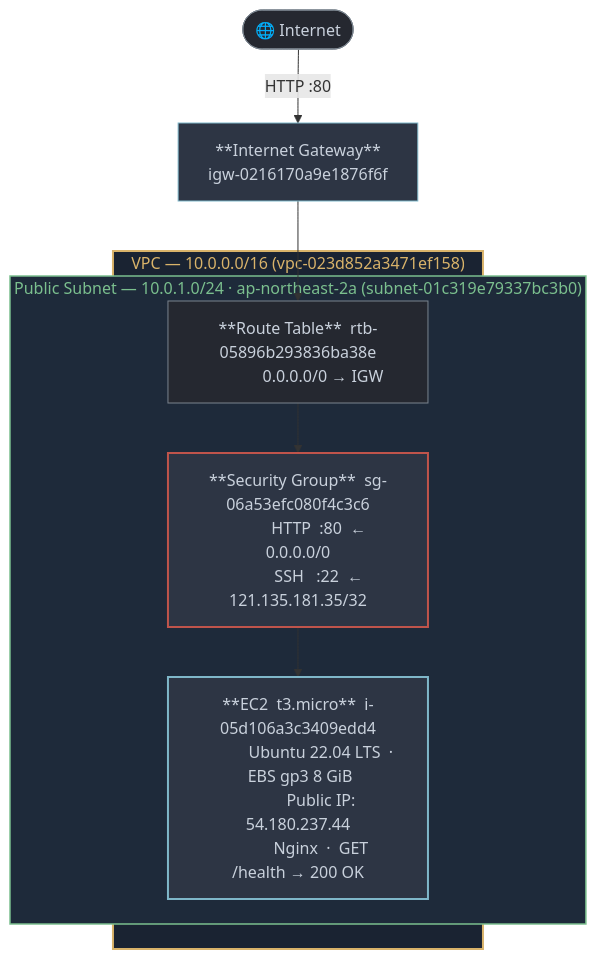
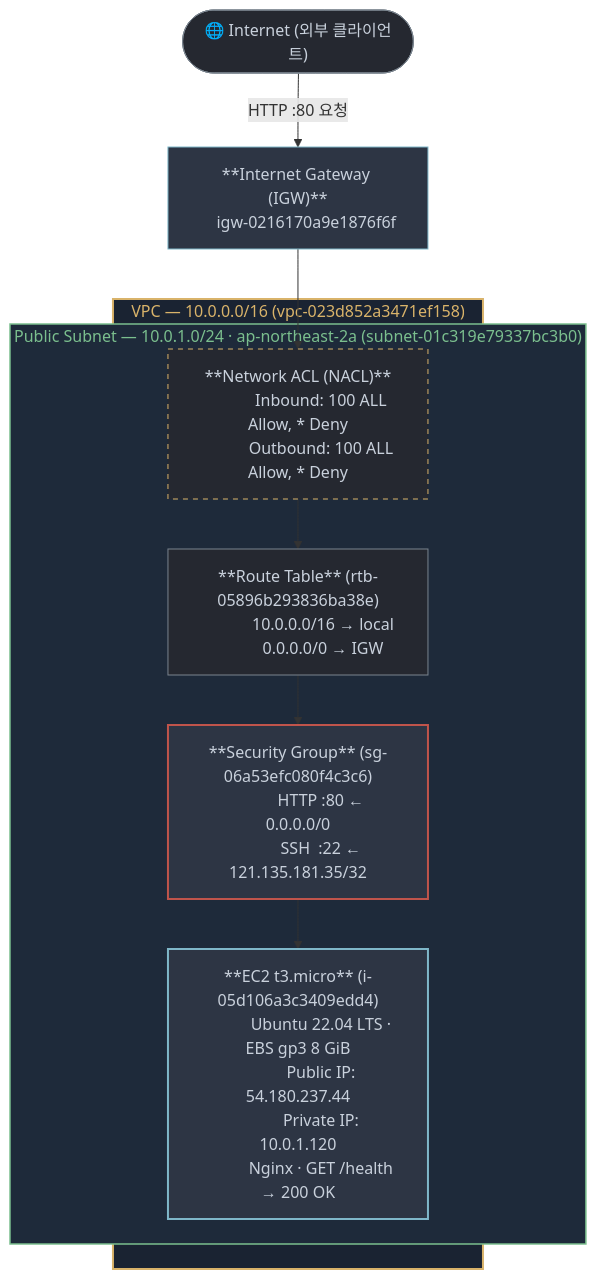
Before and after one commit to nttkor/b3_1: the first of 3 diagrams in docs/architecture.md, drawn with Mermaid. The commit also changed other lines of this file, not shown here.

First line of the commit message:
docs(architecture): 아키텍처 다이어그램(PNG) 임베드 및 서브넷 NACL/SG 설계 문서 보완

````diff
--- a/docs/architecture.md
+++ b/docs/architecture.md
@@ -5,36 +15,44 @@
 ```mermaid
 flowchart TD
-    Internet(["🌐 Internet"])
+    Internet(["🌐 Internet (외부 클라이언트)"])
 
-    IGW["**Internet Gateway**
+    IGW["**Internet Gateway (IGW)**
     igw-0216170a9e1876f6f"]
 
-    subgraph VPC["VPC — 10.0.0.0/16  (vpc-023d852a3471ef158)"]
-        subgraph Subnet["Public Subnet — 10.0.1.0/24  ·  ap-northeast-2a  (subnet-01c319e79337bc3b0)"]
-            RT["**Route Table**  rtb-05896b293836ba38e
+    subgraph VPC["VPC — 10.0.0.0/16 (vpc-023d852a3471ef158)"]
+        subgraph Subnet["Public Subnet — 10.0.1.0/24 · ap-northeast-2a (subnet-01c319e79337bc3b0)"]
+            NACL["**Network ACL (NACL)**
+            Inbound: 100 ALL Allow, * Deny
+            Outbound: 100 ALL Allow, * Deny"]
+
+            RT["**Route Table** (rtb-05896b293836ba38e)
+            10.0.0.0/16 → local
             0.0.0.0/0 → IGW"]
 
-            SG["**Security Group**  sg-06a53efc080f4c3c6
-            HTTP  :80  ←  0.0.0.0/0
-            SSH   :22  ←  121.135.181.35/32"]
+            SG["**Security Group** (sg-06a53efc080f4c3c6)
+            HTTP :80 ← 0.0.0.0/0
+            SSH  :22 ← 121.135.181.35/32"]
 
-            EC2["**EC2  t3.micro**  i-05d106a3c3409edd4
-            Ubuntu 22.04 LTS  ·  EBS gp3 8 GiB
+            EC2["**EC2 t3.micro** (i-05d106a3c3409edd4)
+            Ubuntu 22.04 LTS · EBS gp3 8 GiB
             Public IP: 54.180.237.44
-            Nginx  ·  GET /health → 200 OK"]
+            Private IP: 10.0.1.120
+            Nginx · GET /health → 200 OK"]
         end
     end
 
-    Internet -->|"HTTP :80"| IGW
-    IGW --> RT
+    Internet -->|"HTTP :80 요청"| IGW
+    IGW --> NACL
+    NACL --> RT
     RT --> SG
     SG --> EC2
 
-    style VPC     fill:#1a2332,stroke:#D9B36A,stroke-width:2px,color:#D9B36A
-    style Subnet  fill:#1e2a3a,stroke:#7BBF8E,stroke-width:1.5px,color:#7BBF8E
-    style IGW     fill:#2D3544,stroke:#7FB7C9,color:#C9D1DC
-    style RT      fill:#252830,stroke:#7A848E,color:#C9D1DC
-    style SG      fill:#2D3544,stroke:#C0544B,stroke-width:2px,color:#C9D1DC
-    style EC2     fill:#2D3544,stroke:#7FB7C9,stroke-width:2px,color:#C9D1DC
+    style VPC fill:#1a2332,stroke:#D9B36A,stroke-width:2px,color:#D9B36A
+    style Subnet fill:#1e2a3a,stroke:#7BBF8E,stroke-width:1.5px,color:#7BBF8E
+    style IGW fill:#2D3544,stroke:#7FB7C9,color:#C9D1DC
+    style NACL fill:#252830,stroke:#D9B36A,stroke-dasharray: 5 5,color:#C9D1DC
+    style RT fill:#252830,stroke:#7A848E,color:#C9D1DC
+    style SG fill:#2D3544,stroke:#C0544B,stroke-width:2px,color:#C9D1DC
+    style EC2 fill:#2D3544,stroke:#7FB7C9,stroke-width:2px,color:#C9D1DC
     style Internet fill:#252830,stroke:#7A848E,color:#C9D1DC
 ```
````
